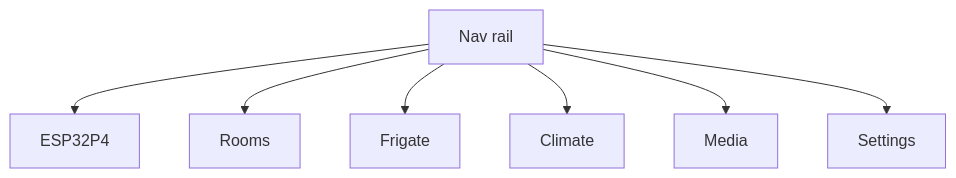
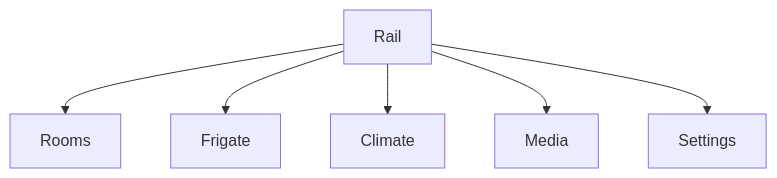
Before and after one commit to baba-dev/M5Tab5-UserDemo: the diagram in docs/wireframes.md, drawn with Mermaid. The commit also changed other lines of this file and 38 other files, not shown here.

````diff
--- a/docs/wireframes.md
+++ b/docs/wireframes.md
@@ -34,9 +35,8 @@
 ```mermaid
 flowchart TD
-  Rail[Nav rail] --> ESP32P4
   Rail --> Rooms
   Rail --> Frigate
   Rail --> Climate
   Rail --> Media
   Rail --> Settings
 ```
````
